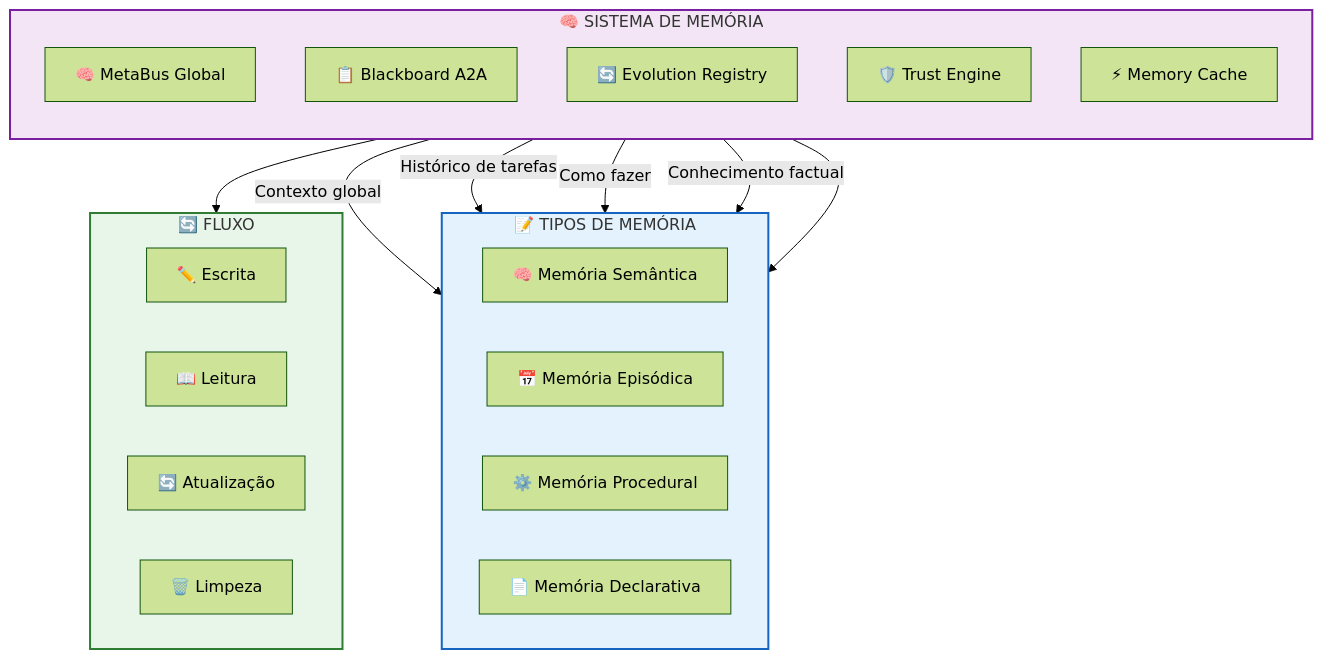
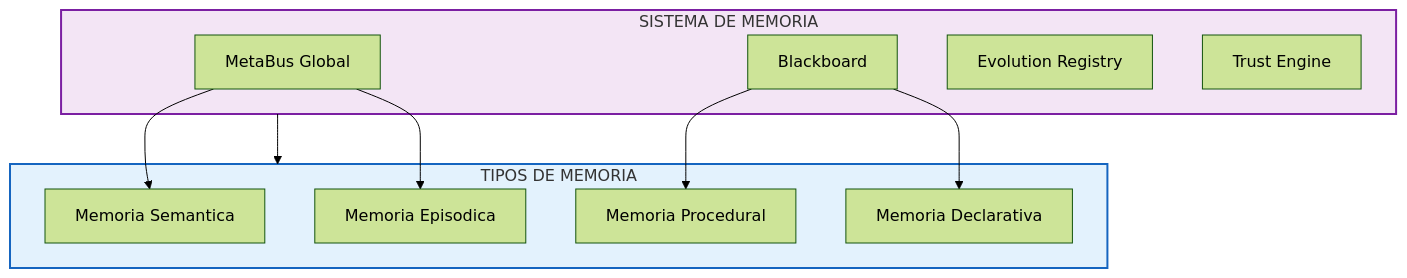
The eighth of 22 diagrams in README.md (MarceloClaro/opencode-ecosystem-core), drawn with Mermaid (forest theme) before and after one commit. The commit also changed other lines of this file, not shown here.

````diff
--- a/README.md
+++ b/README.md
@@ -636,39 +577,26 @@
 ```mermaid
 flowchart TB
-    subgraph MEMORY ["🧠 SISTEMA DE MEMÓRIA"]
-        direction TB
-        MB["🧠 MetaBus Global"]
-        BB["📋 Blackboard A2A"]
-        EVO["🔄 Evolution Registry"]
-        TRUST["🛡️ Trust Engine"]
-        CACHE["⚡ Memory Cache"]
+    subgraph MEMORY ["SISTEMA DE MEMORIA"]
+        MB2["MetaBus Global"]
+        BB3["Blackboard"]
+        EVO3["Evolution Registry"]
+        TRUST2["Trust Engine"]
     end
 
-    subgraph TIPOS ["📝 TIPOS DE MEMÓRIA"]
-        direction LR
-        SEMANTIC["🧠 Memória Semântica"]
-        EPISODIC["📅 Memória Episódica"]
-        PROCEDURAL["⚙️ Memória Procedural"]
-        DECLARATIVE["📄 Memória Declarativa"]
-    end
-
-    subgraph FLUXO ["🔄 FLUXO"]
-        direction LR
-        WRITE["✏️ Escrita"]
-        READ["📖 Leitura"]
-        UPDATE["🔄 Atualização"]
-        DELETE["🗑️ Limpeza"]
+    subgraph TIPOS ["TIPOS DE MEMORIA"]
+        SEMANTIC["Memoria Semantica"]
+        EPISODIC["Memoria Episodica"]
+        PROCEDURAL["Memoria Procedural"]
+        DECLARATIVE["Memoria Declarativa"]
     end
 
     MEMORY --> TIPOS
-    MEMORY --> FLUXO
 
-    MB -->|"Contexto global"| SEMANTIC
-    MB -->|"Histórico de tarefas"| EPISODIC
-    BB -->|"Como fazer"| PROCEDURAL
-    BB -->|"Conhecimento factual"| DECLARATIVE
+    MB2 --> SEMANTIC
+    MB2 --> EPISODIC
+    BB3 --> PROCEDURAL
+    BB3 --> DECLARATIVE
 
     style MEMORY fill:#f3e5f5,stroke:#7b1fa2,stroke-width:2px
     style TIPOS fill:#e3f2fd,stroke:#1565c0,stroke-width:2px
-    style FLUXO fill:#e8f5e9,stroke:#2e7d32,stroke-width:2px
 ```
````
